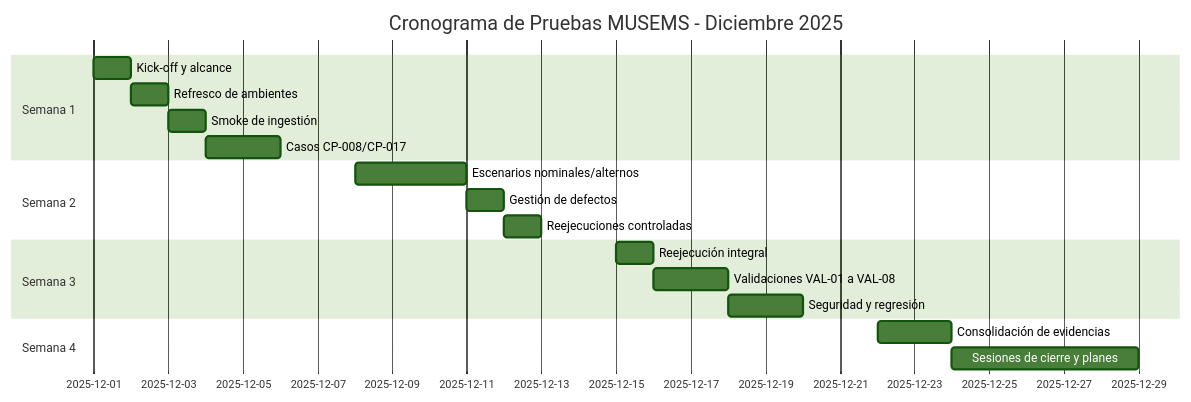
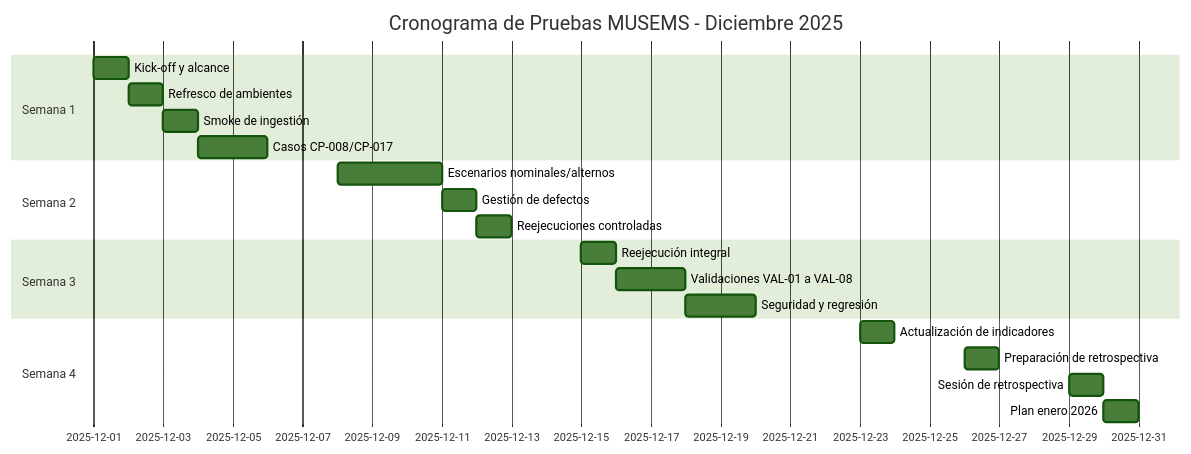
One commit to vlarrea68/REPO_VLP_DIC_25 changed the first of 5 diagrams in docs/entregables_dic_2025/02_plan_trabajo_pruebas_musems.md. Above: the diagram before and after it, drawn with Mermaid (forest theme). The commit also changed other lines of this file and 1 other file, not shown here.

````diff
--- a/docs/entregables_dic_2025/02_plan_trabajo_pruebas_musems.md
+++ b/docs/entregables_dic_2025/02_plan_trabajo_pruebas_musems.md
@@ -60,21 +59,23 @@
 ```mermaid
 gantt
 	dateFormat  YYYY-MM-DD
 	title Cronograma de Pruebas MUSEMS - Diciembre 2025
 	section Semana 1
 	Kick-off y alcance              :a1, 2025-12-01, 1d
 	Refresco de ambientes           :a2, 2025-12-02, 1d
 	Smoke de ingestión              :a3, 2025-12-03, 1d
 	Casos CP-008/CP-017             :a4, 2025-12-04, 2d
 	section Semana 2
 	Escenarios nominales/alternos   :b1, 2025-12-08, 3d
 	Gestión de defectos             :b2, 2025-12-11, 1d
 	Reejecuciones controladas       :b3, 2025-12-12, 1d
 	section Semana 3
 	Reejecución integral            :c1, 2025-12-15, 1d
 	Validaciones VAL-01 a VAL-08    :c2, 2025-12-16, 2d
 	Seguridad y regresión           :c3, 2025-12-18, 2d
 	section Semana 4
-	Consolidación de evidencias     :d1, 2025-12-22, 2d
-	Sesiones de cierre y planes     :d2, 2025-12-24, 5d
+	Actualización de indicadores    :d1, 2025-12-23, 1d
+	Preparación de retrospectiva    :d2, 2025-12-26, 1d
+	Sesión de retrospectiva         :d3, 2025-12-29, 1d
+	Plan enero 2026                 :d4, 2025-12-30, 1d
 ```
````
